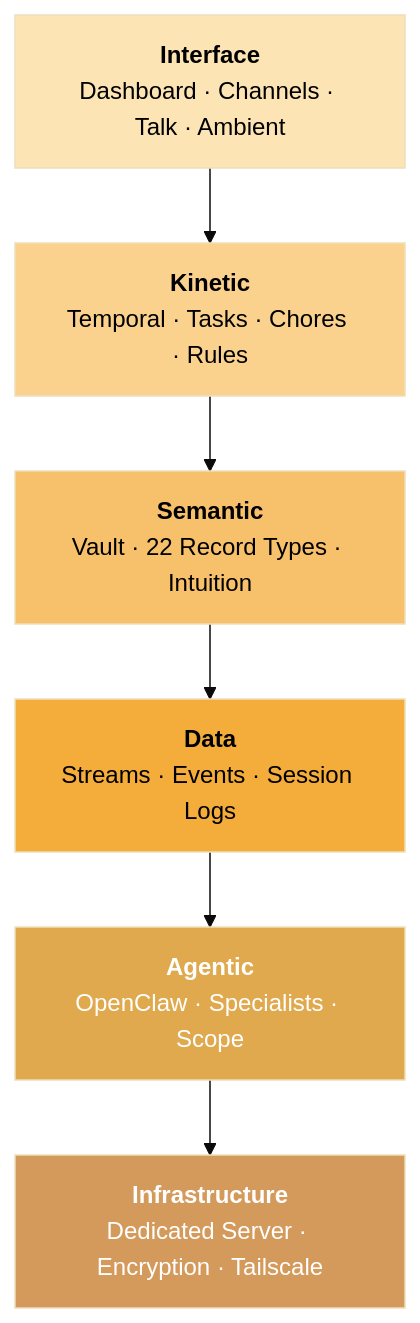
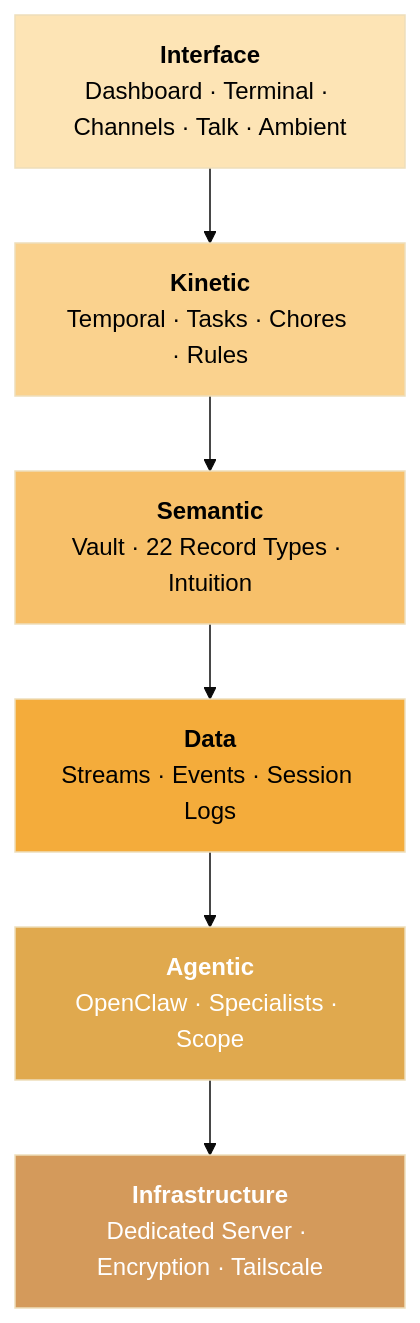
One commit to ssdavidai/alfred-documentation changed the diagram in how-it-works.mdx. Above: the diagram before and after it, drawn with Mermaid (base theme). The commit also changed other lines of this file and 6 other files, not shown here.

````diff
--- a/how-it-works.mdx
+++ b/how-it-works.mdx
@@ -9,22 +9,22 @@
 ```mermaid
 graph TB
-    L6["<b>Interface</b><br/>Dashboard · Channels · Talk · Ambient"]
+    L6["<b>Interface</b><br/>Dashboard · Terminal · Channels · Talk · Ambient"]
     L5["<b>Kinetic</b><br/>Temporal · Tasks · Chores · Rules"]
     L4["<b>Semantic</b><br/>Vault · 22 Record Types · Intuition"]
     L3["<b>Data</b><br/>Streams · Events · Session Logs"]
     L2["<b>Agentic</b><br/>OpenClaw · Specialists · Scope"]
     L1["<b>Infrastructure</b><br/>Dedicated Server · Encryption · Tailscale"]
 
     L6 --> L5
     L5 --> L4
     L4 --> L3
     L3 --> L2
     L2 --> L1
 
     style L1 fill:#d49a5b,color:#fff
     style L2 fill:#e0a94e,color:#fff
     style L3 fill:#f4ac3b,color:#000
     style L4 fill:#f7c06a,color:#000
     style L5 fill:#fad28e,color:#000
     style L6 fill:#fde4b5,color:#000
 ```
````
